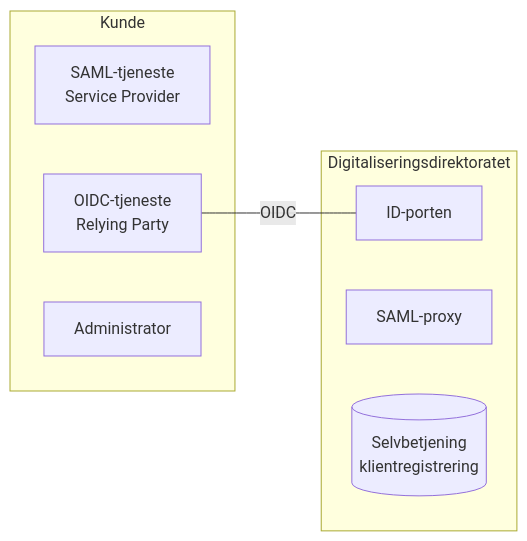
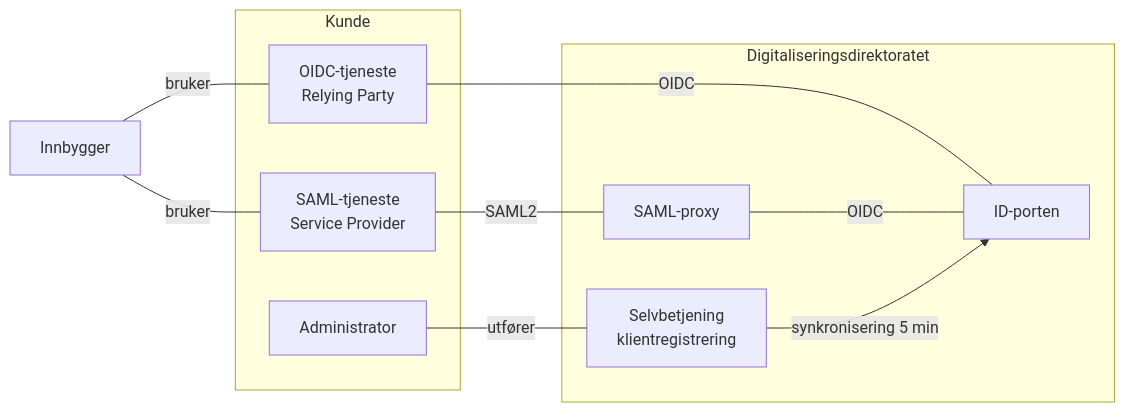
Before and after one commit to felleslosninger/docs: the diagram in _docs/idporten/idporten/idporten_overordnet.md, drawn with Mermaid.

```diff
--- a/_docs/idporten/idporten/idporten_overordnet.md
+++ b/_docs/idporten/idporten/idporten_overordnet.md
@@ -26,14 +26,21 @@
 <div class="mermaid">
 graph LR
   subgraph Digitaliseringsdirektoratet
     IDP[ID-porten]
     SAML[SAML-proxy]
-    SADM[(Selvbetjening <br/>klientregistrering)]
+    SADM[Selvbetjening <br/>klientregistrering]
   end
   subgraph Kunde
      SP[SAML-tjeneste <br/>Service Provider]
      RP[OIDC-tjeneste <br/>Relying Party]
      ADM[Administrator]
   end
   RP---|OIDC|IDP
+  SP-- SAML2 ---SAML
+  SAML-- OIDC ---IDP
+  ADM-- utfører ---SADM
+  SADM-- synkronisering 5 min -->IDP
+
+  Innbygger-- bruker ---SP
+  Innbygger-- bruker ---RP
 </div>
```
